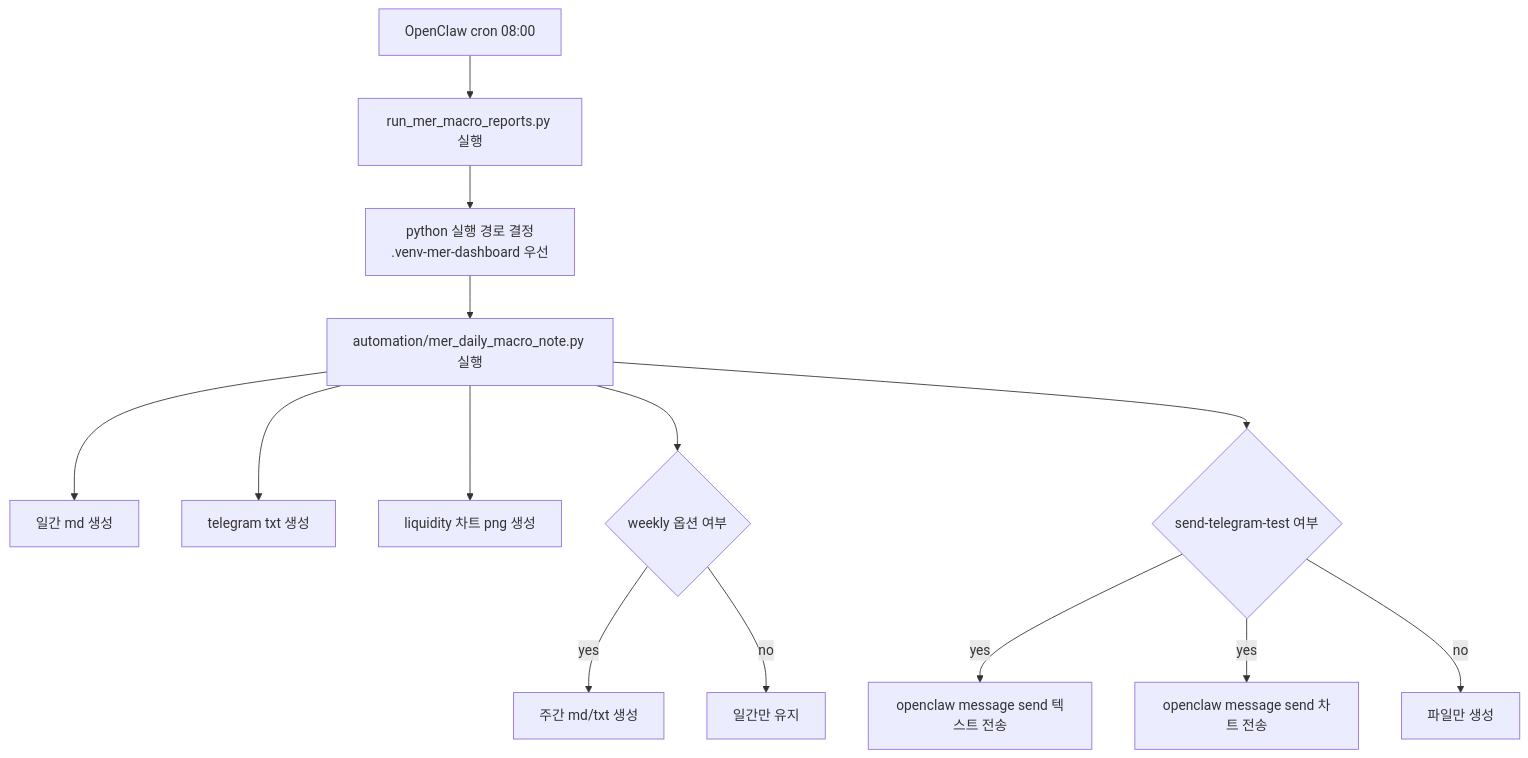
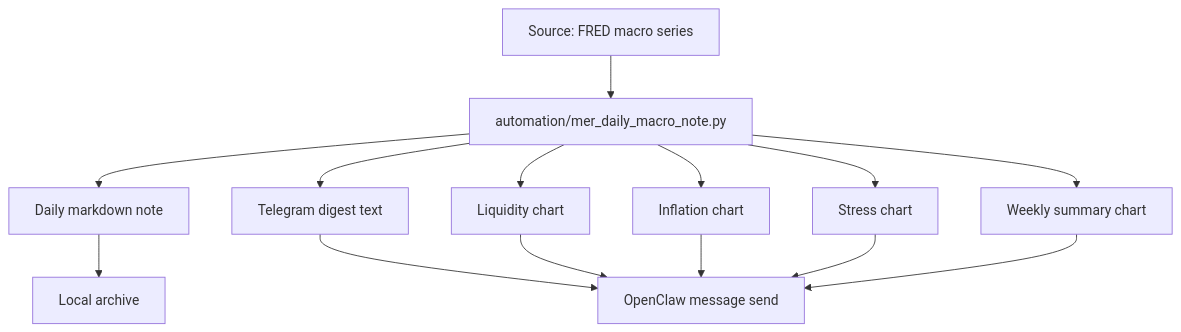
Before and after one commit to dontotl/mer-macro-system: the first of 2 diagrams in README.md, drawn with Mermaid. The commit also changed other lines of this file and 2 other files, not shown here.

````diff
--- a/README.md
+++ b/README.md
@@ -114,17 +121,16 @@
 ```mermaid
 flowchart TD
-    A[OpenClaw cron 08:00] --> B[run_mer_macro_reports.py 실행]
-    B --> C[python 실행 경로 결정
-    .venv-mer-dashboard 우선]
-    C --> D[automation/mer_daily_macro_note.py 실행]
-    D --> E[일간 md 생성]
-    D --> F[telegram txt 생성]
-    D --> G[liquidity 차트 png 생성]
-    D --> H{weekly 옵션 여부}
-    H -- yes --> I[주간 md/txt 생성]
-    H -- no --> J[일간만 유지]
-    D --> K{send-telegram-test 여부}
-    K -- yes --> L[openclaw message send 텍스트 전송]
-    K -- yes --> M[openclaw message send 차트 전송]
-    K -- no --> N[파일만 생성]
+    A[Source: FRED macro series] --> B[automation/mer_daily_macro_note.py]
+    B --> C[Daily markdown note]
+    B --> D[Telegram digest text]
+    B --> E[Liquidity chart]
+    B --> F[Inflation chart]
+    B --> G[Stress chart]
+    B --> H[Weekly summary chart]
+    C --> I[Local archive]
+    D --> J[OpenClaw message send]
+    E --> J
+    F --> J
+    G --> J
+    H --> J
 ```
````
